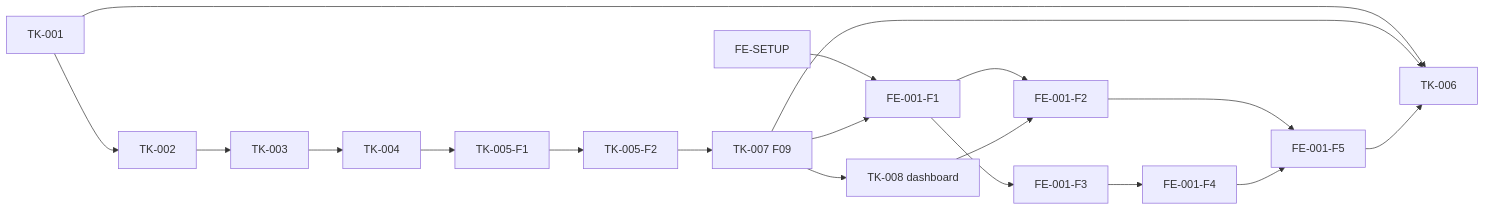
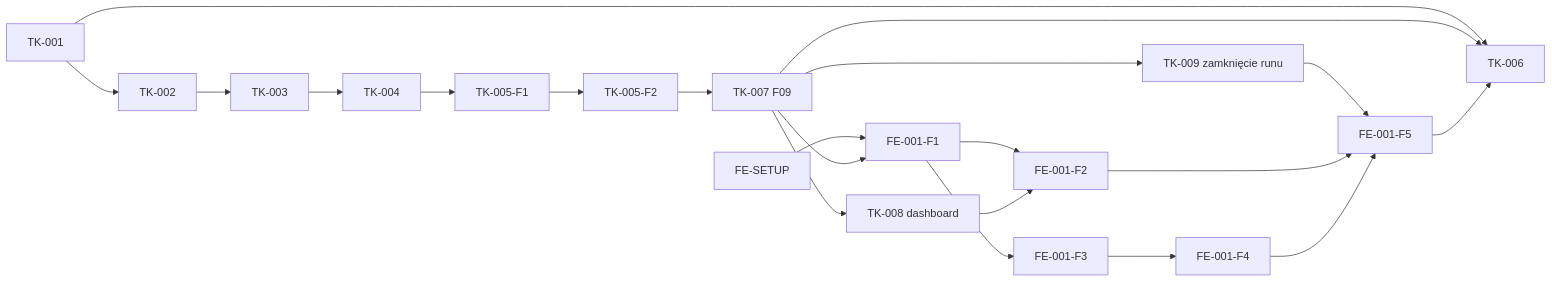
One commit to ThomSchery/DatasetFactory changed the diagram in docs/tickets/INDEX.md. Above: the diagram before and after it, drawn with Mermaid. The commit also changed other lines of this file and 3 other files, not shown here.

````diff
--- a/docs/tickets/INDEX.md
+++ b/docs/tickets/INDEX.md
@@ -77,21 +84,23 @@
 ```mermaid
 graph LR
   A[TK-001] --> C[TK-002]
   C --> D[TK-003]
   D --> E[TK-004]
   E --> F1[TK-005-F1]
   F1 --> F2[TK-005-F2]
   F2 --> I[TK-007 F09]
   B[FE-SETUP] --> G1[FE-001-F1]
   I --> G1
   I --> J[TK-008 dashboard]
   G1 --> G2[FE-001-F2]
   J --> G2
   G1 --> G3[FE-001-F3]
   G3 --> G4[FE-001-F4]
+  I --> K[TK-009 zamknięcie runu]
+  K --> G5
   G2 --> G5[FE-001-F5]
   G4 --> G5
   A --> H[TK-006]
   I --> H
   G5 --> H
 ```
````
